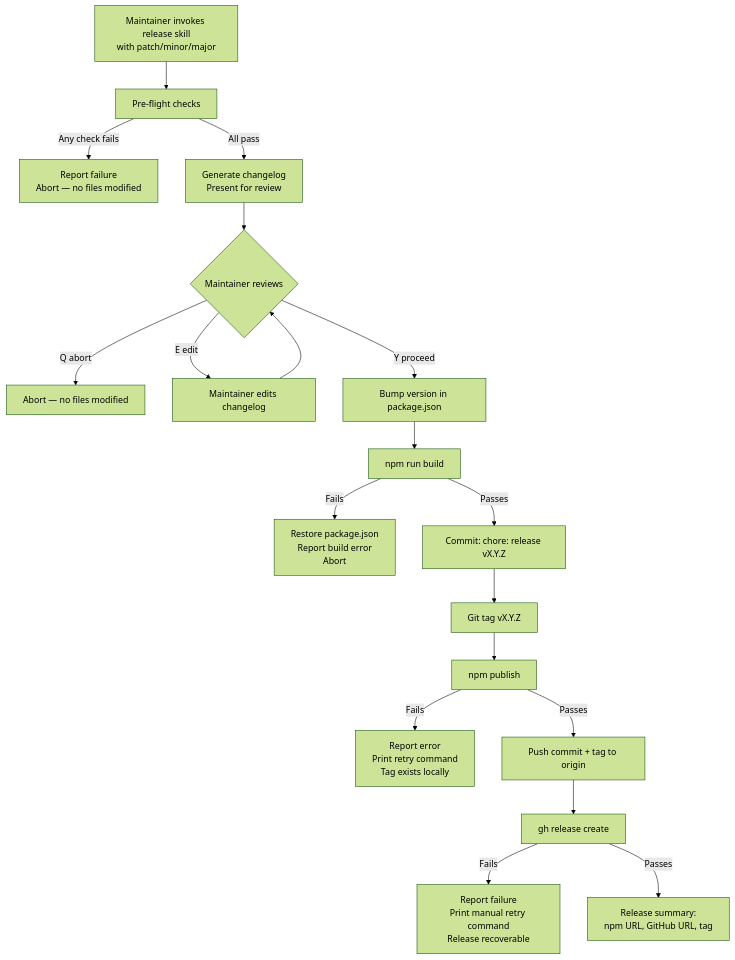
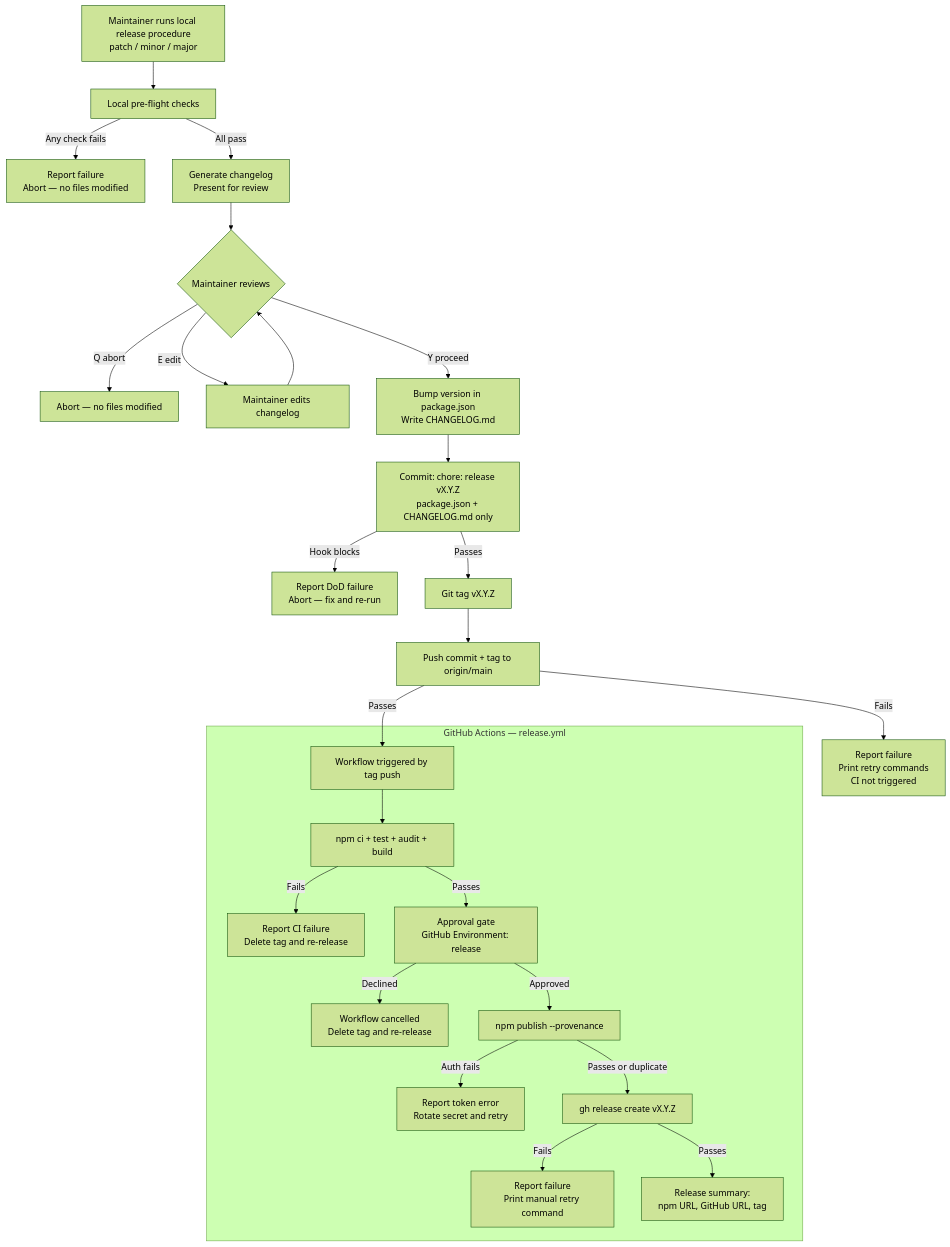
Before and after one commit to imix/taproot: the diagram in taproot/taproot-distribution/cut-release/usecase.md, drawn with Mermaid (forest theme). The commit also changed other lines of this file and 3 other files, not shown here.

Commit message:
taproot(taproot-distribution/cut-release): rewrite release spec for CI-driven publish with GitHub Environment approval and npm provenance

````diff
--- a/taproot/taproot-distribution/cut-release/usecase.md
+++ b/taproot/taproot-distribution/cut-release/usecase.md
@@ -73,21 +93,29 @@
 ```mermaid
 flowchart TD
-    A[Maintainer invokes release skill\nwith patch/minor/major] --> B[Pre-flight checks]
+    A[Maintainer runs local release procedure\npatch / minor / major] --> B[Local pre-flight checks]
     B -->|Any check fails| C[Report failure\nAbort — no files modified]
     B -->|All pass| D[Generate changelog\nPresent for review]
     D --> E{Maintainer reviews}
     E -->|Q abort| F[Abort — no files modified]
     E -->|E edit| G[Maintainer edits changelog]
     G --> E
-    E -->|Y proceed| H[Bump version in package.json]
-    H --> I[npm run build]
-    I -->|Fails| J[Restore package.json\nReport build error\nAbort]
-    I -->|Passes| K[Commit: chore: release vX.Y.Z]
-    K --> L[Git tag vX.Y.Z]
-    L --> M[npm publish]
-    M -->|Fails| N[Report error\nPrint retry command\nTag exists locally]
-    M -->|Passes| O[Push commit + tag to origin]
-    O --> P[gh release create]
-    P -->|Fails| Q[Report failure\nPrint manual retry command\nRelease recoverable]
-    P -->|Passes| R[Release summary:\nnpm URL, GitHub URL, tag]
+    E -->|Y proceed| H[Bump version in package.json\nWrite CHANGELOG.md]
+    H --> I[Commit: chore: release vX.Y.Z\npackage.json + CHANGELOG.md only]
+    I -->|Hook blocks| J[Report DoD failure\nAbort — fix and re-run]
+    I -->|Passes| K[Git tag vX.Y.Z]
+    K --> L[Push commit + tag to origin/main]
+    L -->|Fails| M[Report failure\nPrint retry commands\nCI not triggered]
+    L -->|Passes| N
+
+    subgraph CI [GitHub Actions — release.yml]
+        N[Workflow triggered by tag push] --> O[npm ci + test + audit + build]
+        O -->|Fails| P[Report CI failure\nDelete tag and re-release]
+        O -->|Passes| Q[Approval gate\nGitHub Environment: release]
+        Q -->|Declined| R[Workflow cancelled\nDelete tag and re-release]
+        Q -->|Approved| S[npm publish --provenance]
+        S -->|Auth fails| T[Report token error\nRotate secret and retry]
+        S -->|Passes or duplicate| U[gh release create vX.Y.Z]
+        U -->|Fails| V[Report failure\nPrint manual retry command]
+        U -->|Passes| W[Release summary:\nnpm URL, GitHub URL, tag]
+    end
 ```
````
